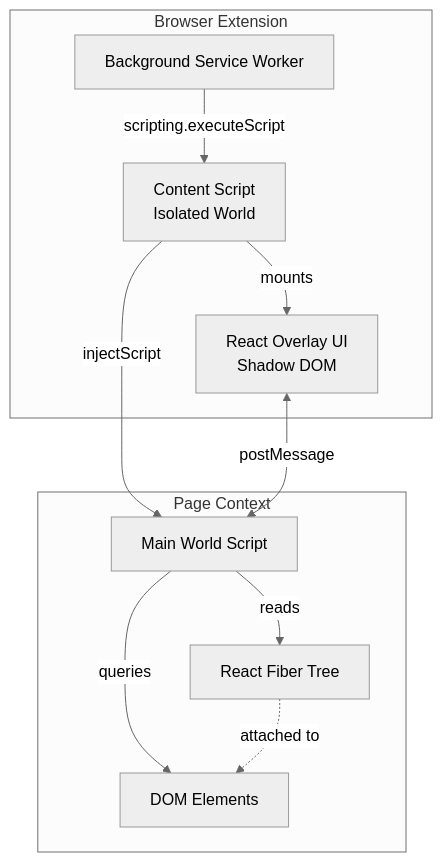
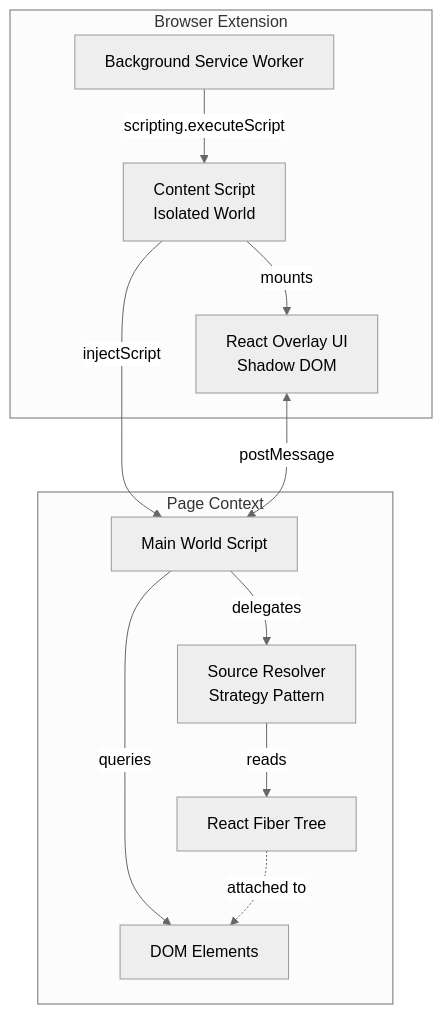
The first of 7 diagrams in docs/architecture.md (nabobery/WhoRenderedThis), drawn with Mermaid (neutral theme) before and after one commit. The commit also changed other lines of this file and 11 other files, not shown here.

````diff
--- a/docs/architecture.md
+++ b/docs/architecture.md
@@ -27,22 +29,24 @@
 ```mermaid
 graph TB
     subgraph "Browser Extension"
         BG[Background Service Worker]
         CS[Content Script<br/>Isolated World]
         UI[React Overlay UI<br/>Shadow DOM]
     end
 
     subgraph "Page Context"
         MW[Main World Script]
+        SR[Source Resolver<br/>Strategy Pattern]
         RF[React Fiber Tree]
         DOM[DOM Elements]
     end
 
     BG -->|scripting.executeScript| CS
     CS -->|injectScript| MW
     CS -->|mounts| UI
     UI <-->|postMessage| MW
-    MW -->|reads| RF
+    MW -->|delegates| SR
+    SR -->|reads| RF
     MW -->|queries| DOM
     RF -.->|attached to| DOM
 ```
````
